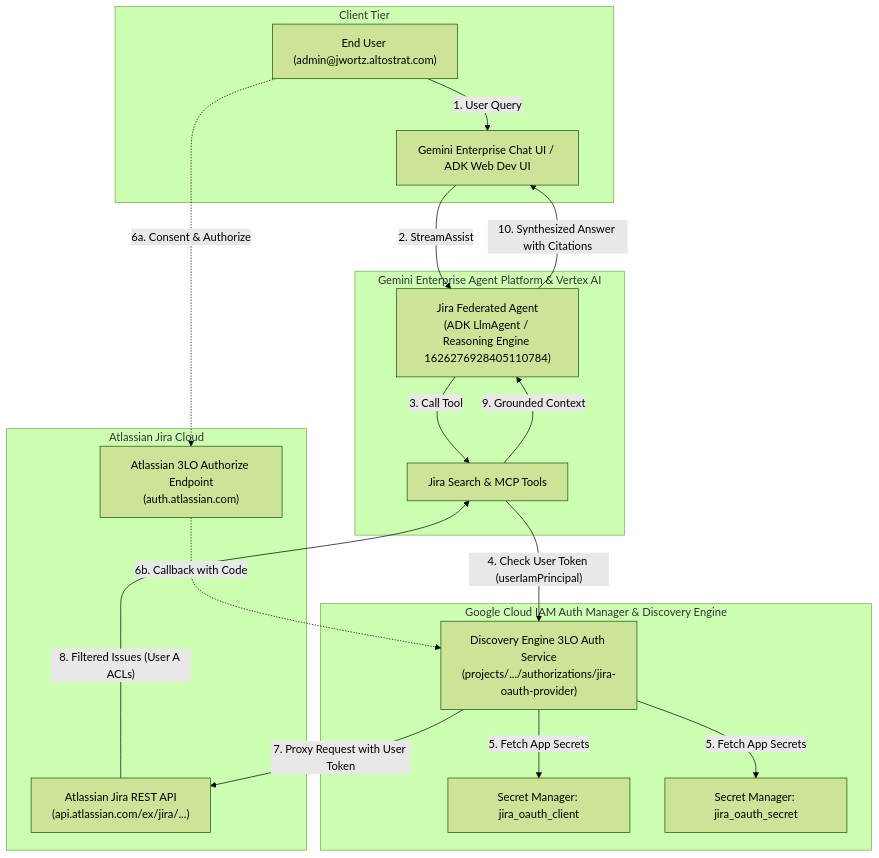
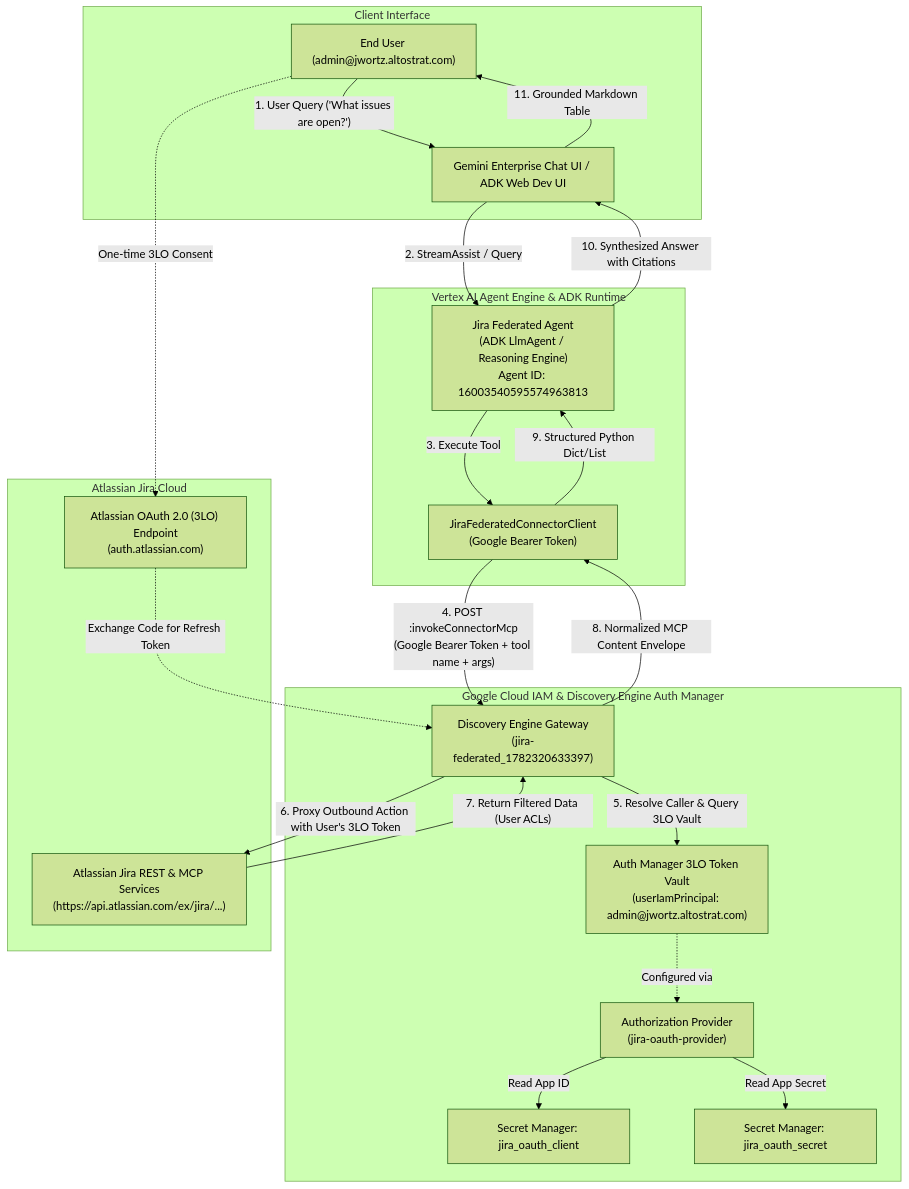
The first of 3 diagrams in plan.md (jswortz/gemini-jira-federated), drawn with Mermaid (forest theme) before and after one commit. The commit also changed other lines of this file and 1 other file, not shown here.

Commit message:
docs: add Auth Manager integration details, updated architecture diagrams, and required Google Cloud APIs

````diff
--- a/plan.md
+++ b/plan.md
@@ -19,38 +19,46 @@
 ```mermaid
 flowchart TD
-    subgraph Client["Client Tier"]
+    subgraph Client["Client Interface"]
         User["End User (admin@jwortz.altostrat.com)"]
-        UI["Gemini Enterprise Chat UI / ADK Web Dev UI"]
-        User -->|"1. User Query"| UI
+        ChatUI["Gemini Enterprise Chat UI / ADK Web Dev UI"]
+        User -->|"1. User Query ('What issues are open?')"| ChatUI
     end
 
-    subgraph AgentPlatform["Gemini Enterprise Agent Platform & Vertex AI"]
-        Agent["Jira Federated Agent\n(ADK LlmAgent / Reasoning Engine 1626276928405110784)"]
-        UI -->|"2. StreamAssist"| Agent
-        Tools["Jira Search & MCP Tools"]
-        Agent -->|"3. Call Tool"| Tools
+    subgraph AgentPlatform["Vertex AI Agent Engine & ADK Runtime"]
+        Agent["Jira Federated Agent\n(ADK LlmAgent / Reasoning Engine)\nAgent ID: 16003540595574963813"]
+        ChatUI -->|"2. StreamAssist / Query"| Agent
+        AgentClient["JiraFederatedConnectorClient\n(Google Bearer Token)"]
+        Agent -->|"3. Execute Tool"| AgentClient
     end
 
-    subgraph GoogleIAM["Google Cloud IAM Auth Manager & Discovery Engine"]
-        AuthManager["Discovery Engine 3LO Auth Service\n(projects/.../authorizations/jira-oauth-provider)"]
-        Tools -->|"4. Check User Token (userIamPrincipal)"| AuthManager
+    subgraph GoogleIAM["Google Cloud IAM & Discovery Engine Auth Manager"]
+        DE["Discovery Engine Gateway\n(jira-federated_1782320633397)"]
+        AgentClient -->|"4. POST :invokeConnectorMcp\n(Google Bearer Token + tool name + args)"| DE
+        
+        AuthVault["Auth Manager 3LO Token Vault\n(userIamPrincipal: admin@jwortz.altostrat.com)"]
+        DE -->|"5. Resolve Caller & Query 3LO Vault"| AuthVault
+        
+        AuthProvider["Authorization Provider\n(jira-oauth-provider)"]
+        AuthVault -.->|"Configured via"| AuthProvider
         
         SMClient["Secret Manager: jira_oauth_client"]
         SMSecret["Secret Manager: jira_oauth_secret"]
-        AuthManager -->|"5. Fetch App Secrets"| SMClient
-        AuthManager -->|"5. Fetch App Secrets"| SMSecret
+        AuthProvider -->|"Read App ID"| SMClient
+        AuthProvider -->|"Read App Secret"| SMSecret
     end
 
     subgraph AtlassianCloud["Atlassian Jira Cloud"]
-        AuthEndpoint["Atlassian 3LO Authorize Endpoint\n(auth.atlassian.com)"]
-        JiraAPI["Atlassian Jira REST API\n(api.atlassian.com/ex/jira/...)"]
+        AtlassianAuth["Atlassian OAuth 2.0 (3LO) Endpoint\n(auth.atlassian.com)"]
+        AtlassianJira["Atlassian Jira REST & MCP Services\n(https://api.atlassian.com/ex/jira/...)"]
         
-        User -.->|"6a. Consent & Authorize"| AuthEndpoint
-        AuthEndpoint -.->|"6b. Callback with Code"| AuthManager
-        AuthManager -->|"7. Proxy Request with User Token"| JiraAPI
+        User -.->|"One-time 3LO Consent"| AtlassianAuth
+        AtlassianAuth -.->|"Exchange Code for Refresh Token"| DE
+        DE -->|"6. Proxy Outbound Action with User's 3LO Token"| AtlassianJira
+        AtlassianJira -->|"7. Return Filtered Data (User ACLs)"| DE
     end
 
-    JiraAPI -->|"8. Filtered Issues (User A ACLs)"| Tools
-    Tools -->|"9. Grounded Context"| Agent
-    Agent -->|"10. Synthesized Answer with Citations"| UI
+    DE -->|"8. Normalized MCP Content Envelope"| AgentClient
+    AgentClient -->|"9. Structured Python Dict/List"| Agent
+    Agent -->|"10. Synthesized Answer with Citations"| ChatUI
+    ChatUI -->|"11. Grounded Markdown Table"| User
 ```
````
